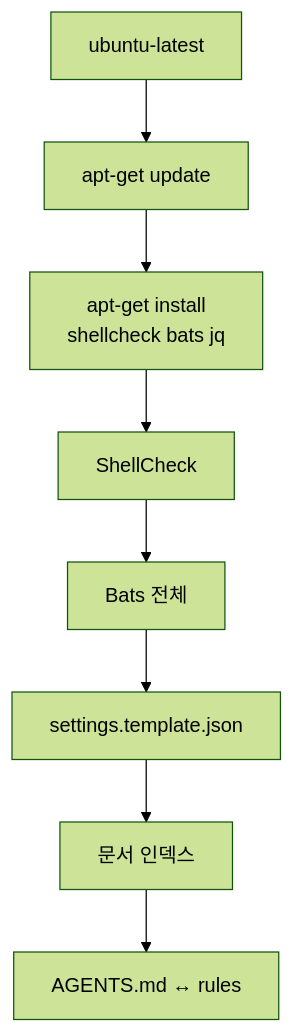
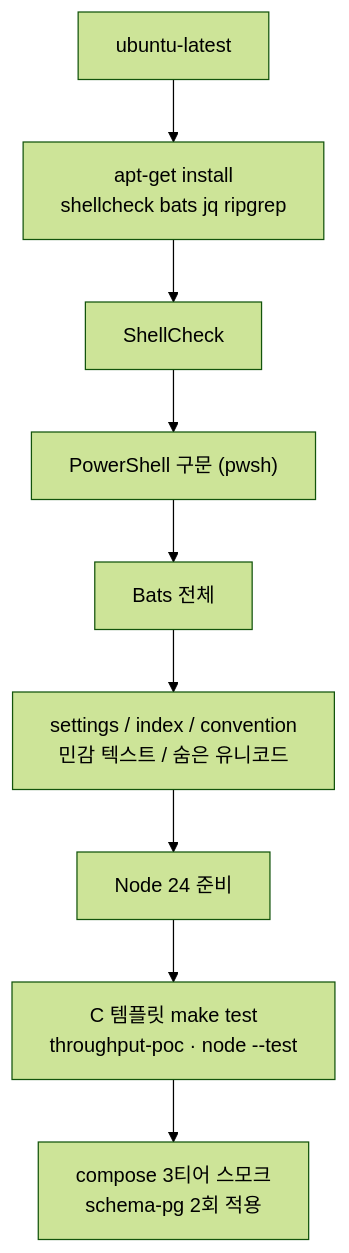
The fourth of 10 diagrams in docs/CI.md (jomarusoup/Arachne), drawn with Mermaid (forest theme) before and after one commit. The commit also changed other lines of this file and 69 other files, not shown here.

First line of the commit message:
docs: W6 문서·지시 파일 최신화와 구조 다이어그램 보강

````diff
--- a/docs/CI.md
+++ b/docs/CI.md
@@ -141,10 +163,11 @@
 ```mermaid
 flowchart TB
-    A["ubuntu-latest"] --> B["apt-get update"]
-    B --> C["apt-get install<br/>shellcheck bats jq"]
-    C --> D["ShellCheck"]
-    D --> E["Bats 전체"]
-    E --> F["settings.template.json"]
-    F --> G["문서 인덱스"]
-    G --> H["AGENTS.md ↔ rules"]
+    A["ubuntu-latest"] --> B["apt-get install<br/>shellcheck bats jq ripgrep"]
+    B --> D["ShellCheck"]
+    D --> P["PowerShell 구문 (pwsh)"]
+    P --> E["Bats 전체"]
+    E --> F["settings / index / convention<br/>민감 텍스트 / 숨은 유니코드"]
+    F --> N["Node 24 준비"]
+    N --> C["C 템플릿 make test<br/>throughput-poc · node --test"]
+    C --> K["compose 3티어 스모크<br/>schema-pg 2회 적용"]
 ```
````
